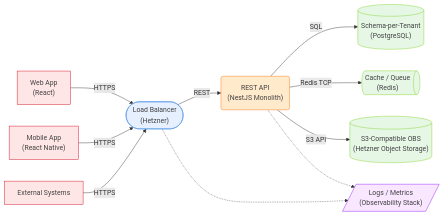
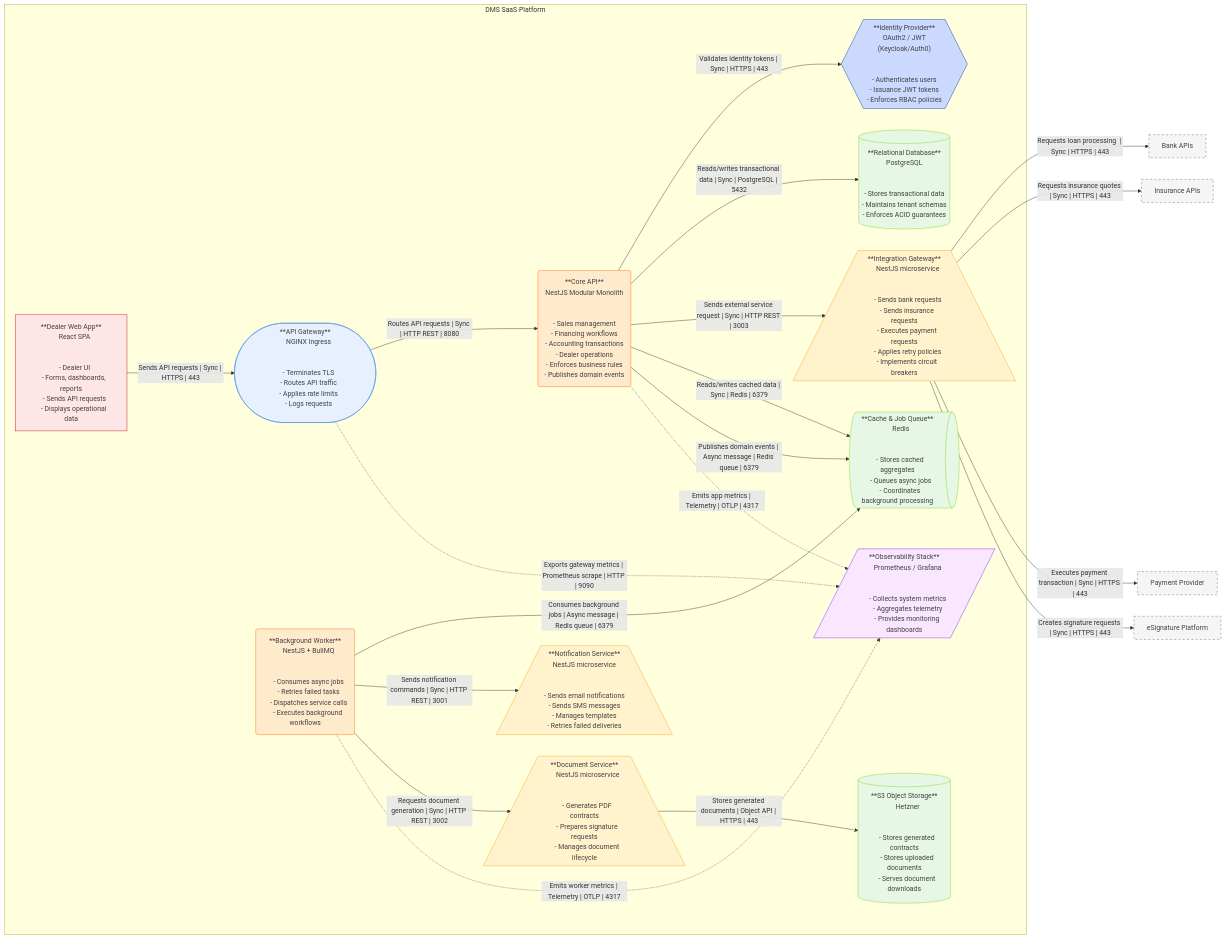
The diagram in diagrams/dms-container.mmd (occamarazor/dms-showcase), drawn with Mermaid before and after one commit. The commit also changed 3 other files, not shown here.

Commit message:
Diagrams: container extended with responsibilities, actions & ports; selective services extracted; inter-container communication resolved via EDA (Core API -> Redis queue -> Worker -> Service)

```diff
--- a/diagrams/dms-container.mmd
+++ b/diagrams/dms-container.mmd
@@ -3,72 +3,248 @@
 %% High-level technology + communications
 %% =========================================
 flowchart LR
-    %% =========================================
-    %% Elements
-    %% =========================================
 
-    %% External
-    WEB["Web App<br>(React)"]
-    MOBILE["Mobile App<br>(React Native)"]
-    EXT["External Systems"]
+%% ===== SYSTEM BOUNDARY START =====
+subgraph PLATFORM["DMS SaaS Platform"]
+    %% =========================
+    %% CLIENTS
+    %% =========================
 
-    %% Edge / Entry Points
-    LB["Load Balancer<br>(Hetzner)"]
+    CLIENT["
+    **Dealer Web App**
+    React SPA
+    <br>
+    - Dealer UI
+    - Forms, dashboards, reports
+    - Sends API requests
+    - Displays operational data
+    "]
 
-    %% Application
-    API["REST API<br>(NestJS Monolith)"]
+    class CLIENT client
 
-    %% Data Stores
-    DB["Schema-per-Tenant<br>(PostgreSQL)"]
-    REDIS["Cache / Queue<br>(Redis)"]
-    OBJ["S3-Compatible OBS<br>(Hetzner Object Storage)"]
+    %% =========================
+    %% INFRASTRUCTURE
+    %% =========================
 
-    %% Cross-Cutting
-    OBS["Logs / Metrics<br>(Observability Stack)"]
+    GATEWAY["
+    **API Gateway**
+    NGINX Ingress
+    <br>
+    - Terminates TLS
+    - Routes API traffic
+    - Applies rate limits
+    - Logs requests
+    "]
 
-    %% =========================================
-    %% Relationships
-    %% =========================================
+    class GATEWAY infra
+    GATEWAY@{ shape: stadium }
 
-    %% Client flow
-    WEB -->|HTTPS| LB
-    MOBILE -->|HTTPS| LB
-    EXT -->|HTTPS| LB
+    %% =========================
+    %% SECURITY
+    %% =========================
 
-    %% App flow
-    LB -->|REST| API
+    AUTH["
+    **Identity Provider**
+    OAuth2 / JWT
+    (Keycloak/Auth0)
+    <br>
+    - Authenticates users
+    - Issuance JWT tokens
+    - Enforces RBAC policies
+    "]
 
-    %% Data flow
-    API -->|SQL| DB
-    API -->|Redis TCP| REDIS
-    API -->|S3 API| OBJ
+    class AUTH sec
+    AUTH@{ shape: hex }
 
-    %% Observability flow
-    LB -.-> OBS
-    API -.-> OBS
+    %% =========================
+    %% APPLICATION
+    %% =========================
 
-    %% =========================================
-    %% Legend (Authoritative)
-    %% =========================================
+    %% ---- Core API ----%%
+    API["
+    **Core API**
+    NestJS Modular Monolith
+    <br>
+    - Sales management
+    - Financing workflows
+    - Accounting transactions
+    - Dealer operations
+    - Enforces business rules
+    - Publishes domain events
+    "]
 
-    %% Shapes
-    LB@{ shape: stadium }
+    class API app
     API@{ shape: rounded }
-    DB@{ shape: cyl }
+
+    %% ---- Background Worker ----%%
+    WORKER["
+    **Background Worker**
+    NestJS + BullMQ
+    <br>
+    - Consumes async jobs
+    - Retries failed tasks
+    - Dispatches service calls
+    - Executes background workflows
+    "]
+
+    class WORKER app
+    WORKER@{ shape: rounded }
+
+    %% =========================
+    %% MICROSERVICES
+    %% =========================
+
+    %% ---- Integration Gateway ----%%
+    INTEGRATION["
+    **Integration Gateway**
+    NestJS microservice
+    <br>
+    - Sends bank requests
+    - Sends insurance requests
+    - Executes payment requests
+    - Applies retry policies
+    - Implements circuit breakers
+    "]
+
+    class INTEGRATION domain
+    INTEGRATION@{ shape: trap-b }
+
+    %% ---- Notification Service ----%%
+    NOTIFY["
+    **Notification Service**
+    NestJS microservice
+    <br>
+    - Sends email notifications
+    - Sends SMS messages
+    - Manages templates
+    - Retries failed deliveries
+    "]
+
+    class NOTIFY domain
+    NOTIFY@{ shape: trap-b }
+
+    %% ---- Document Service ----%%
+    DOCS["
+    **Document Service**
+    NestJS microservice
+    <br>
+    - Generates PDF contracts
+    - Prepares signature requests
+    - Manages document lifecycle
+    "]
+
+    class DOCS domain
+    DOCS@{ shape: trap-b }
+
+    %% =========================
+    %% DATA STORES
+    %% =========================
+
+    %% ---- Relational ----%%
+    POSTGRES["
+    **Relational Database**
+    PostgreSQL
+    <br>
+    - Stores transactional data
+    - Maintains tenant schemas
+    - Enforces ACID guarantees
+    "]
+
+    class POSTGRES storage
+    POSTGRES@{ shape: cylinder }
+
+    %% ---- In-memory ----%%
+    REDIS["
+    **Cache & Job Queue**
+    Redis
+    <br>
+    - Stores cached aggregates
+    - Queues async jobs
+    - Coordinates background processing
+    "]
+
+    class REDIS storage
     REDIS@{ shape: h-cyl }
-    OBJ@{ shape: cyl }
+
+    %% ---- Object ----%%
+    OBJECTS["
+    **S3 Object Storage**
+    Hetzner
+    <br>
+    - Stores generated contracts
+    - Stores uploaded documents
+    - Serves document downloads
+    "]
+
+    class OBJECTS storage
+    OBJECTS@{ shape: cylinder }
+
+    %% =========================
+    %% OBSERVABILITY
+    %% =========================
+
+    OBS["
+    **Observability Stack**
+    Prometheus / Grafana
+    <br>
+    - Collects system metrics
+    - Aggregates telemetry
+    - Provides monitoring dashboards
+    "]
+
+    class OBS obs
     OBS@{ shape: lean-r }
+end
+%% ===== SYSTEM BOUNDARY END =====
 
-    %% Classes
-    class WEB,MOBILE,EXT client
-    class LB infra
-    class API app
-    class DB,REDIS,OBJ storage
-    class OBS obs
+%% =========================
+%% EXTERNAL SYSTEMS
+%% =========================
 
-    %% Colors
-    classDef client fill:#ffe6e6,stroke:#d0021b,color:#424242;
-    classDef infra fill:#e6f0ff,stroke:#4a90e2,color:#424242;
-    classDef app fill:#ffeacc,stroke:#ff6d00,color:#424242;
-    classDef storage fill:#e6f7e6,stroke:#7ed321,color:#424242;
-    classDef obs fill:#f9e6ff,stroke:#9013fe,color:#424242;
+BANK["Bank APIs"]
+INSURANCE["Insurance APIs"]
+PAYMENT["Payment Provider"]
+ESIGN["eSignature Platform"]
+
+class BANK,INSURANCE,PAYMENT,ESIGN external
+
+%% =========================
+%% INTERACTIONS
+%% =========================
+
+%% ---- System ----
+CLIENT -->|"Sends API requests | Sync | HTTPS | 443"| GATEWAY
+GATEWAY -->|"Routes API requests | Sync | HTTP REST | 8080"| API
+API -->|"Validates identity tokens | Sync | HTTPS | 443"| AUTH
+API -->|"Reads/writes transactional data | Sync | PostgreSQL | 5432"| POSTGRES
+API -->|"Sends external service request | Sync | HTTP REST | 3003"| INTEGRATION
+API -->|"Reads/writes cached data | Sync | Redis | 6379"| REDIS
+API -->|"Publishes domain events | Async message | Redis queue | 6379"| REDIS
+WORKER -->|"Consumes background jobs | Async message | Redis queue | 6379"| REDIS
+WORKER -->|"Sends notification commands | Sync | HTTP REST | 3001"| NOTIFY
+WORKER -->|"Requests document generation | Sync | HTTP REST | 3002"| DOCS
+DOCS -->|"Stores generated documents | Object API | HTTPS | 443"| OBJECTS
+
+%% ---- External ----
+INTEGRATION -->|"Requests loan processing  | Sync | HTTPS | 443"| BANK
+INTEGRATION -->|"Requests insurance quotes | Sync | HTTPS | 443"| INSURANCE
+INTEGRATION -->|"Executes payment transaction | Sync | HTTPS | 443"| PAYMENT
+INTEGRATION -->|"Creates signature requests | Sync | HTTPS | 443"| ESIGN
+
+%% ---- Observability ----
+API -.->|"Emits app metrics | Telemetry | OTLP | 4317"| OBS
+WORKER -.->|"Emits worker metrics | Telemetry | OTLP | 4317"| OBS
+GATEWAY -.->|"Exports gateway metrics | Prometheus scrape | HTTP | 9090"| OBS
+
+%% =========================
+%% PALETTE (LEGEND)
+%% =========================
+
+classDef client fill:#ffe6e6,stroke:#d0021b,color:#424242;
+classDef infra fill:#e6f0ff,stroke:#4a90e2,color:#424242,padding-right:16rem;
+classDef sec fill:#ccd9ff,stroke:#003399,color:#424242;
+classDef app fill:#ffeacc,stroke:#ff6d00,color:#424242;
+classDef domain fill:#fff2cc,stroke:#f5a623,color:#424242;
+classDef storage fill:#e6f7e6,stroke:#7ed321,color:#424242;
+classDef obs fill:#f9e6ff,stroke:#9013fe,color:#424242;
+classDef external fill:#f5f5f5,stroke:#6b6b6b,stroke-dasharray: 5 5,color:#424242;
```
